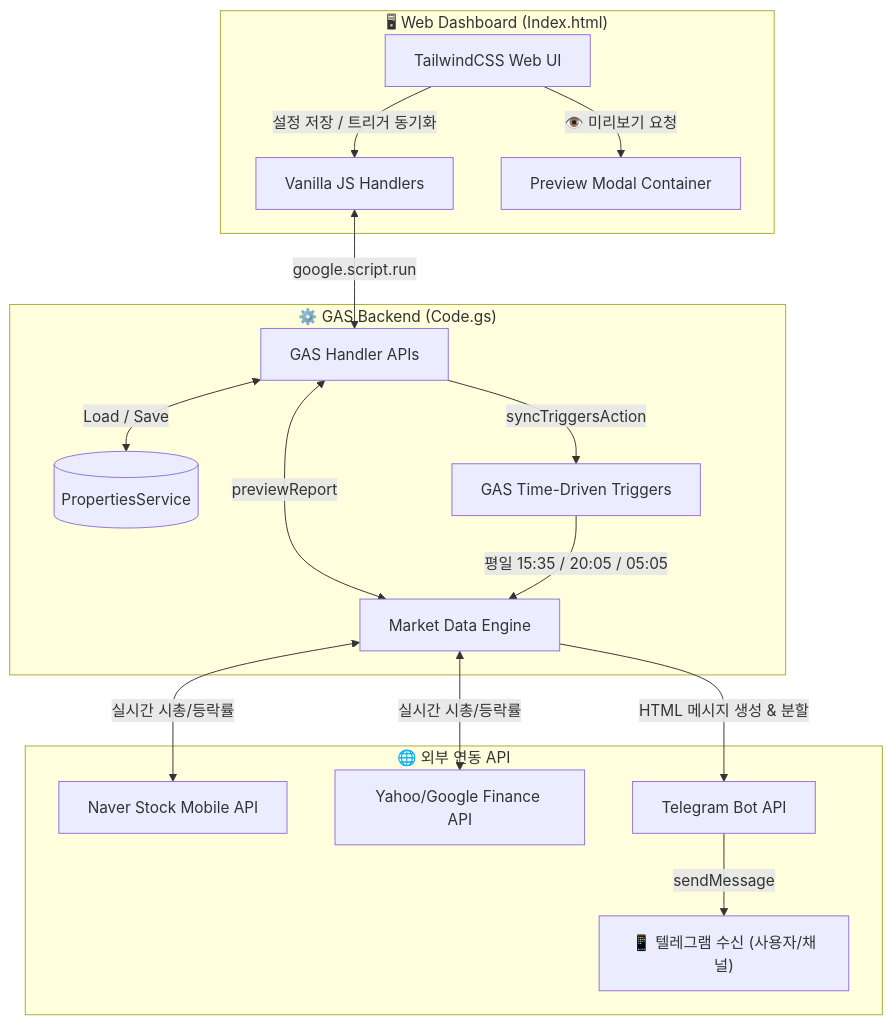
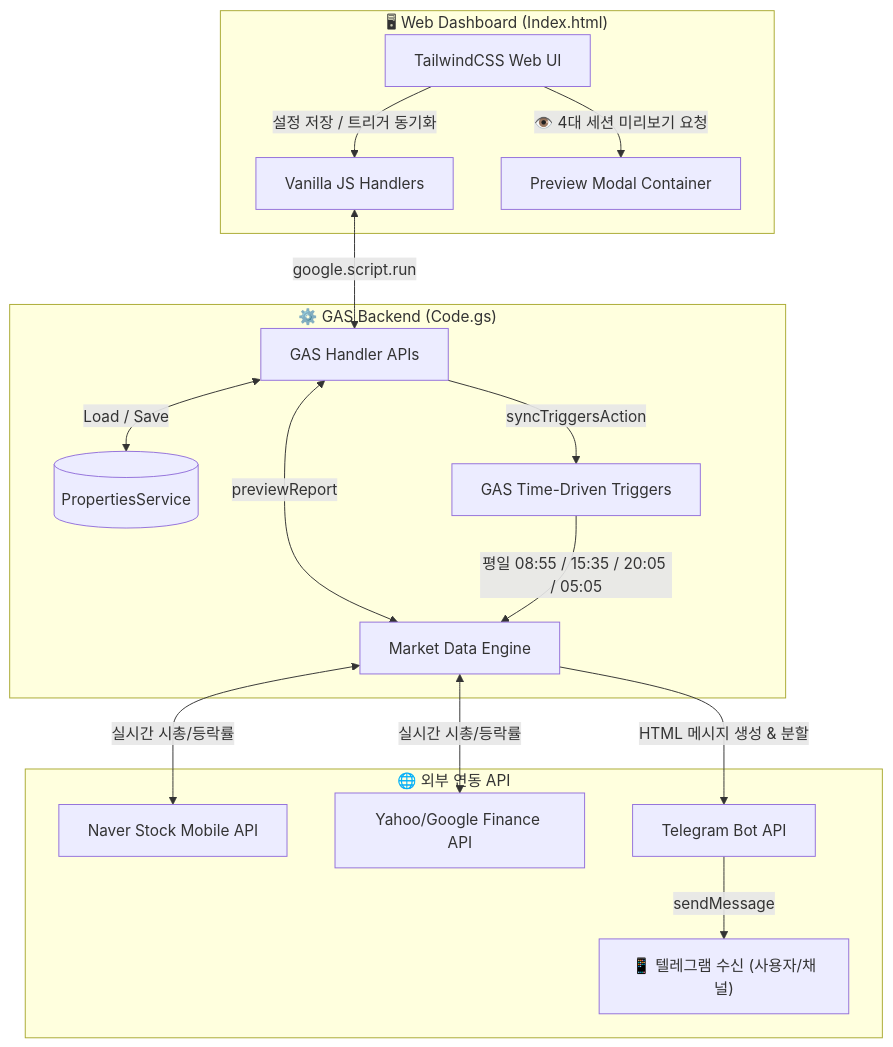
One commit to moozuknet/StockRankInfo changed the diagram in README.md. Above: the diagram before and after it, drawn with Mermaid. The commit also changed other lines of this file and 5 other files, not shown here.

````diff
--- a/README.md
+++ b/README.md
@@ -44,22 +53,22 @@
 ```mermaid
 flowchart TD
     subgraph Frontend["🖥 Web Dashboard (Index.html)"]
         UI[TailwindCSS Web UI] -->|설정 저장 / 트리거 동기화| JS[Vanilla JS Handlers]
-        UI -->|👁️ 미리보기 요청| PreviewModal[Preview Modal Container]
+        UI -->|👁️ 4대 세션 미리보기 요청| PreviewModal[Preview Modal Container]
     end
 
     subgraph Backend["⚙️ GAS Backend (Code.gs)"]
         JS <-->|google.script.run| API[GAS Handler APIs]
         API <-->|previewReport| Scraper[Market Data Engine]
         API <-->|Load / Save| Storage[(PropertiesService)]
         API -->|syncTriggersAction| Scheduler[GAS Time-Driven Triggers]
     end
 
     subgraph External["🌐 외부 연동 API"]
-        Scheduler -->|평일 15:35 / 20:05 / 05:05| Scraper
+        Scheduler -->|평일 08:55 / 15:35 / 20:05 / 05:05| Scraper
         Scraper <-->|실시간 시총/등락률| Naver[Naver Stock Mobile API]
         Scraper <-->|실시간 시총/등락률| Yahoo[Yahoo/Google Finance API]
         Scraper -->|HTML 메시지 생성 & 분할| Telegram[Telegram Bot API]
         Telegram -->|sendMessage| UserDevice["📱 텔레그램 수신 (사용자/채널)"]
     end
 ```
````
